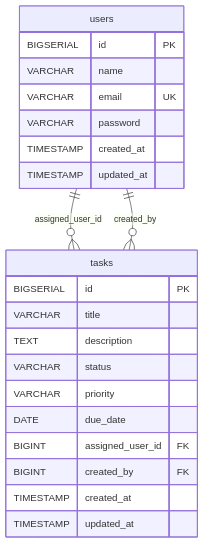
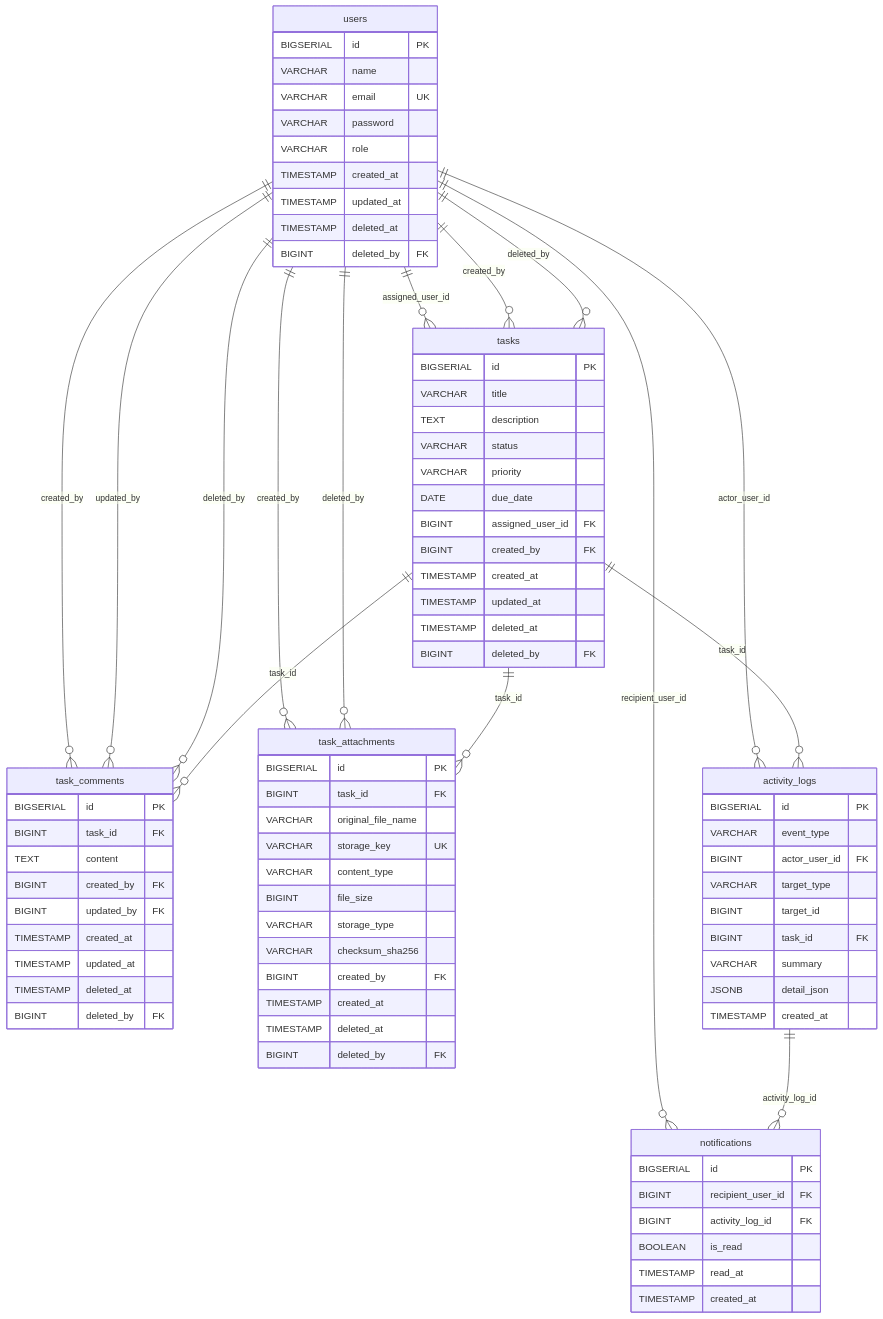
Before and after one commit to kitune-udon/task-manager-app: the diagram in docs/01_設計/04_DB設計書.md, drawn with Mermaid. The commit also changed other lines of this file and 36 other files, not shown here.

````diff
--- a/docs/01_設計/04_DB設計書.md
+++ b/docs/01_設計/04_DB設計書.md
@@ -48,14 +77,31 @@
 erDiagram
     users ||--o{ tasks : "assigned_user_id"
     users ||--o{ tasks : "created_by"
+    users ||--o{ tasks : "deleted_by"
+    users ||--o{ task_comments : "created_by"
+    users ||--o{ task_comments : "updated_by"
+    users ||--o{ task_comments : "deleted_by"
+    users ||--o{ task_attachments : "created_by"
+    users ||--o{ task_attachments : "deleted_by"
+    users ||--o{ notifications : "recipient_user_id"
+    users ||--o{ activity_logs : "actor_user_id"
+
+    tasks ||--o{ task_comments : "task_id"
+    tasks ||--o{ task_attachments : "task_id"
+    tasks ||--o{ activity_logs : "task_id"
+
+    activity_logs ||--o{ notifications : "activity_log_id"
 
     users {
         BIGSERIAL id PK
         VARCHAR name
         VARCHAR email UK
         VARCHAR password
+        VARCHAR role
         TIMESTAMP created_at
         TIMESTAMP updated_at
+        TIMESTAMP deleted_at
+        BIGINT deleted_by FK
     }
 
     tasks {
@@ -69,5 +115,55 @@
         BIGINT created_by FK
         TIMESTAMP created_at
         TIMESTAMP updated_at
+        TIMESTAMP deleted_at
+        BIGINT deleted_by FK
+    }
+
+    task_comments {
+        BIGSERIAL id PK
+        BIGINT task_id FK
+        TEXT content
+        BIGINT created_by FK
+        BIGINT updated_by FK
+        TIMESTAMP created_at
+        TIMESTAMP updated_at
+        TIMESTAMP deleted_at
+        BIGINT deleted_by FK
+    }
+
+    task_attachments {
+        BIGSERIAL id PK
+        BIGINT task_id FK
+        VARCHAR original_file_name
+        VARCHAR storage_key UK
+        VARCHAR content_type
+        BIGINT file_size
+        VARCHAR storage_type
+        VARCHAR checksum_sha256
+        BIGINT created_by FK
+        TIMESTAMP created_at
+        TIMESTAMP deleted_at
+        BIGINT deleted_by FK
+    }
+
+    activity_logs {
+        BIGSERIAL id PK
+        VARCHAR event_type
+        BIGINT actor_user_id FK
+        VARCHAR target_type
+        BIGINT target_id
+        BIGINT task_id FK
+        VARCHAR summary
+        JSONB detail_json
+        TIMESTAMP created_at
+    }
+
+    notifications {
+        BIGSERIAL id PK
+        BIGINT recipient_user_id FK
+        BIGINT activity_log_id FK
+        BOOLEAN is_read
+        TIMESTAMP read_at
+        TIMESTAMP created_at
     }
 ```
````
